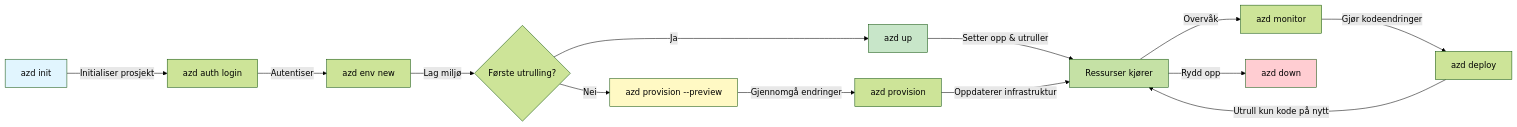
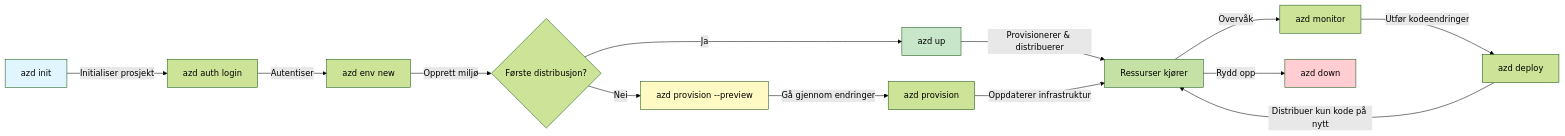
The first of 2 diagrams in translations/no/docs/chapter-01-foundation/azd-basics.md (microsoft/AZD-for-beginners), drawn with Mermaid (forest theme) before and after one commit. The commit also changed other lines of this file and 104 other files, not shown here.

````diff
--- a/translations/no/docs/chapter-01-foundation/azd-basics.md
+++ b/translations/no/docs/chapter-01-foundation/azd-basics.md
@@ -269,21 +269,21 @@
 ```mermaid
 graph LR
     A[azd init] -->|Initialiser prosjekt| B[azd auth login]
     B -->|Autentiser| C[azd env new]
-    C -->|Lag miljø| D{Første utrulling?}
+    C -->|Opprett miljø| D{Første distribusjon?}
     D -->|Ja| E[azd up]
     D -->|Nei| F[azd provision --preview]
-    F -->|Gjennomgå endringer| G[azd provision]
-    E -->|Setter opp & utruller| H[Ressurser kjører]
+    F -->|Gå gjennom endringer| G[azd provision]
+    E -->|Provisionerer & distribuerer| H[Ressurser kjører]
     G -->|Oppdaterer infrastruktur| H
     H -->|Overvåk| I[azd monitor]
-    I -->|Gjør kodeendringer| J[azd deploy]
-    J -->|Utrull kun kode på nytt| H
+    I -->|Utfør kodeendringer| J[azd deploy]
+    J -->|Distribuer kun kode på nytt| H
     H -->|Rydd opp| K[azd down]
     
     style A fill:#e1f5fe
     style E fill:#c8e6c9
     style F fill:#fff9c4
     style H fill:#c5e1a5
     style K fill:#ffcdd2
 ```
````
